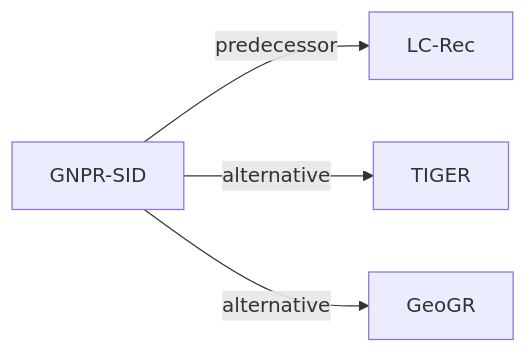
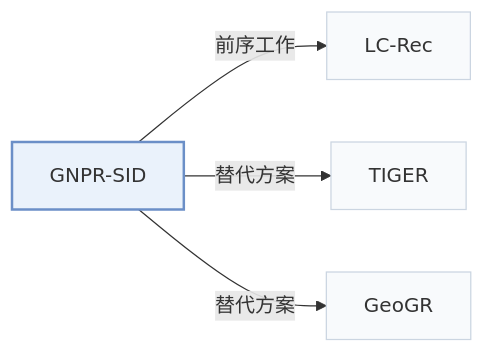
Before and after one commit to Galaxy-ghost/Awesome-SID-Generative-Rec: the third of 3 diagrams in pages/zh/papers/gnpr-sid.md, drawn with Mermaid. The commit also changed other lines of this file and 649 other files, not shown here.

Commit message:
writer-05: also tags and modality index (schema, check, build, visuals); summary field removed; calibration data for 12 papers

````diff
--- a/pages/zh/papers/gnpr-sid.md
+++ b/pages/zh/papers/gnpr-sid.md
@@ -125,7 +139,11 @@
 ```mermaid
 flowchart LR
     P["GNPR-SID"]
-    P -->|predecessor| A["LC-Rec"]
-    P -->|alternative| B["TIGER"]
-    P -->|alternative| C["GeoGR"]
+    P -->|"前序工作"| A["LC-Rec"]
+    P -->|"替代方案"| B["TIGER"]
+    P -->|"替代方案"| C["GeoGR"]
+    classDef main fill:#eaf2fb,stroke:#6b8fc7,stroke-width:2px
+    classDef peer fill:#f8fafc,stroke:#cbd5e1
+    class P main
+    class A,B,C peer
 ```
````
